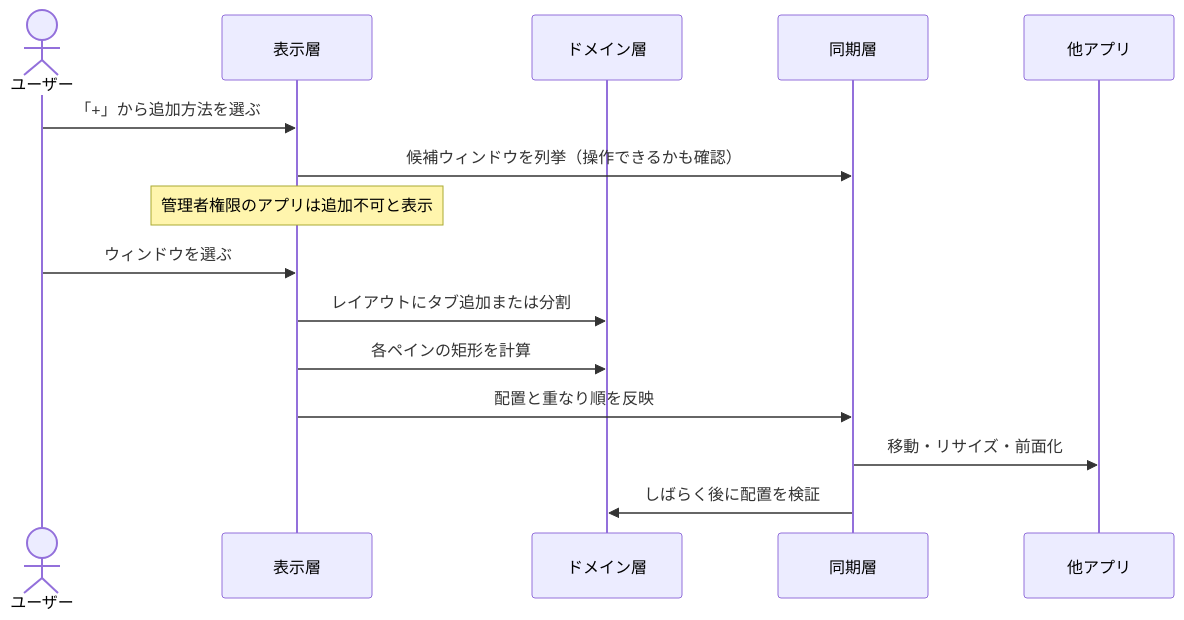
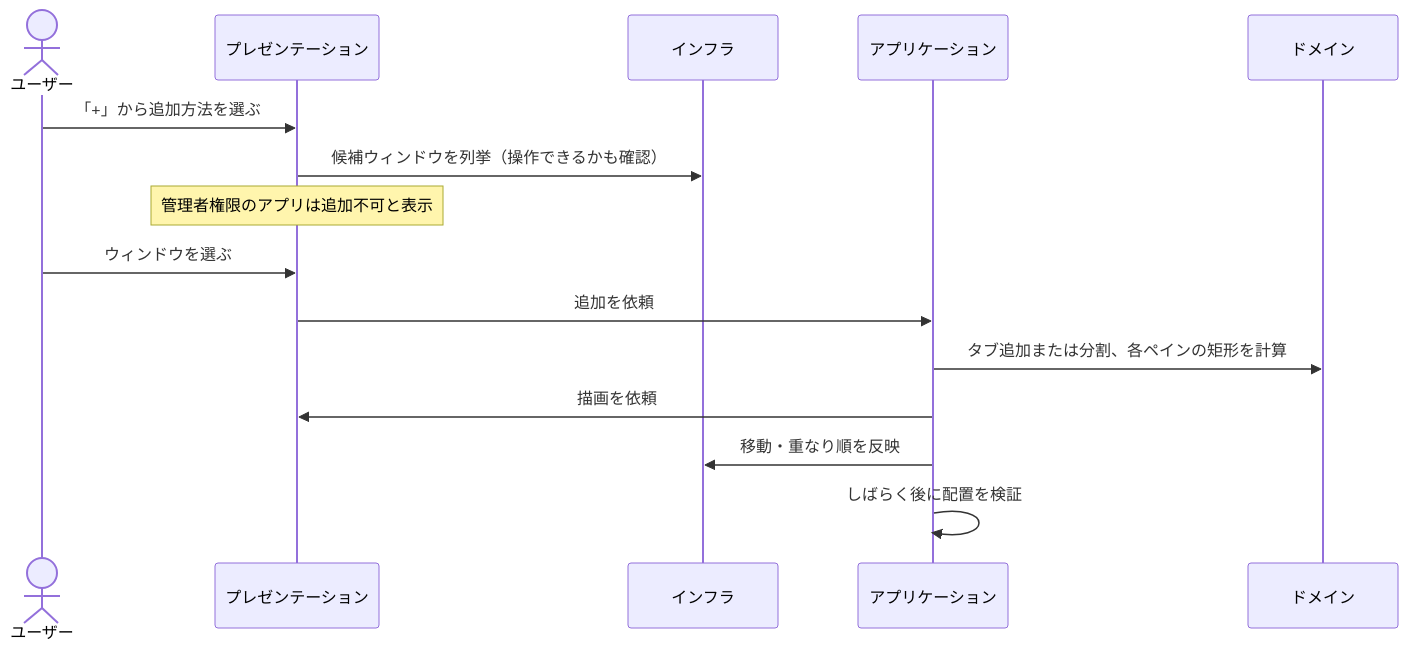
One commit to ntaksh42/dockyard changed the fourth of 6 diagrams in docs/architecture.md. Above: the diagram before and after it, drawn with Mermaid. The commit also changed other lines of this file, not shown here.

````diff
--- a/docs/architecture.md
+++ b/docs/architecture.md
@@ -102,18 +118,18 @@
 ```mermaid
 sequenceDiagram
     actor U as ユーザー
-    participant UI as 表示層
-    participant D as ドメイン層
-    participant S as 同期層
-    participant W as 他アプリ
+    participant P as プレゼンテーション
+    participant I as インフラ
+    participant A as アプリケーション
+    participant D as ドメイン
 
-    U->>UI: 「+」から追加方法を選ぶ
-    UI->>S: 候補ウィンドウを列挙（操作できるかも確認）
-    Note over UI: 管理者権限のアプリは追加不可と表示
-    U->>UI: ウィンドウを選ぶ
-    UI->>D: レイアウトにタブ追加または分割
-    UI->>D: 各ペインの矩形を計算
-    UI->>S: 配置と重なり順を反映
-    S->>W: 移動・リサイズ・前面化
-    S->>D: しばらく後に配置を検証
+    U->>P: 「+」から追加方法を選ぶ
+    P->>I: 候補ウィンドウを列挙（操作できるかも確認）
+    Note over P: 管理者権限のアプリは追加不可と表示
+    U->>P: ウィンドウを選ぶ
+    P->>A: 追加を依頼
+    A->>D: タブ追加または分割、各ペインの矩形を計算
+    A->>P: 描画を依頼
+    A->>I: 移動・重なり順を反映
+    A->>A: しばらく後に配置を検証
 ```
````
